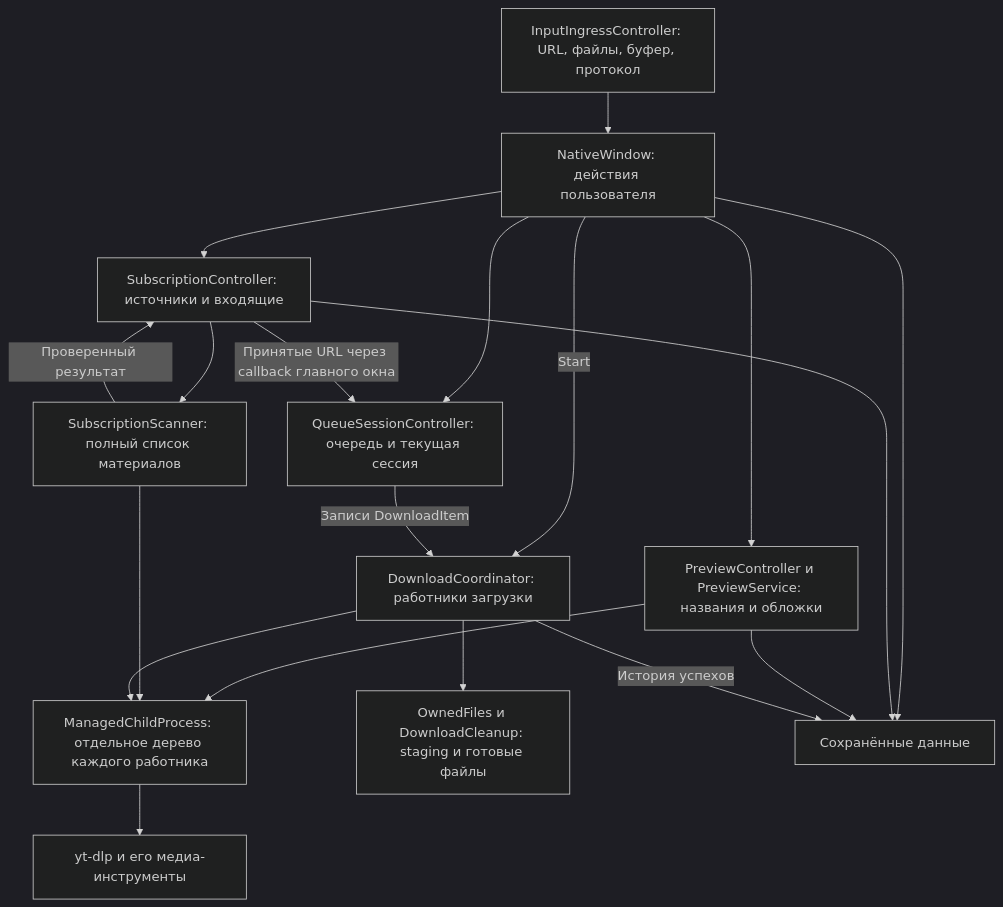
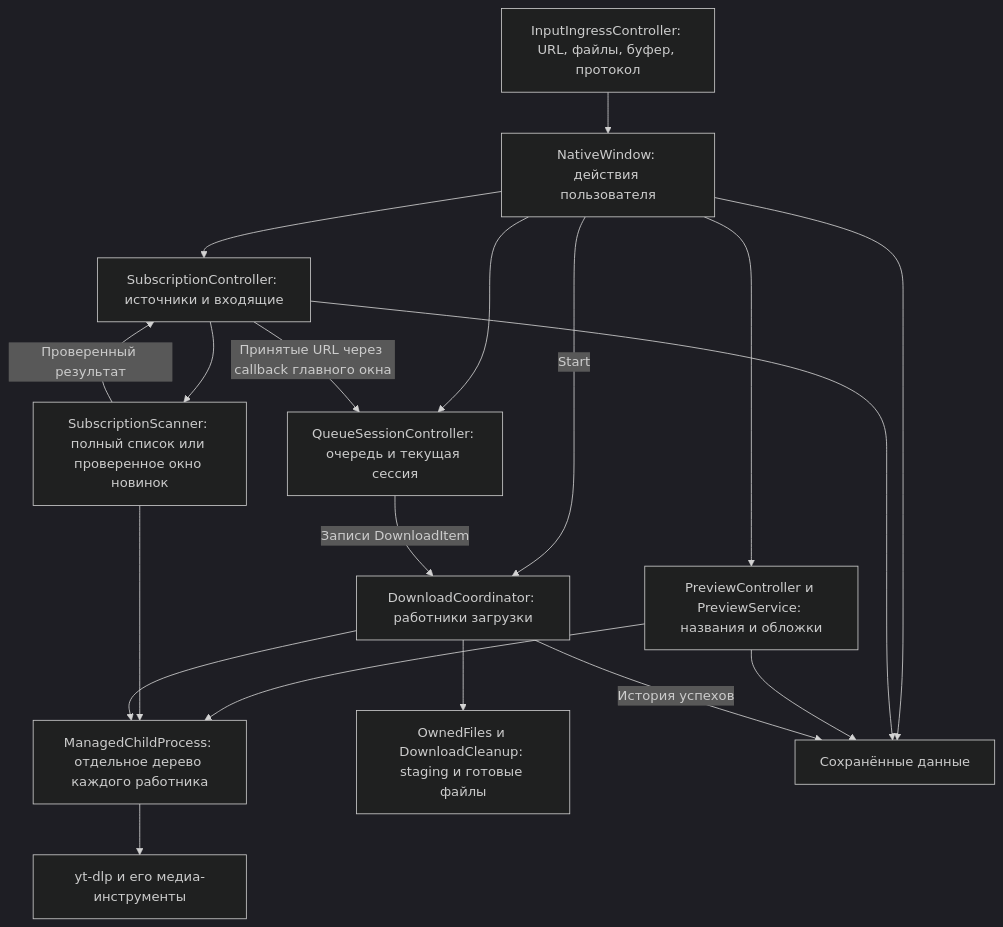
Before and after one commit to bespalovnikita/video-downloader: the first of 7 diagrams in docs/ARCHITECTURE.md, drawn with Mermaid (dark theme). The commit also changed other lines of this file and 5 other files, not shown here.

````diff
--- a/docs/ARCHITECTURE.md
+++ b/docs/ARCHITECTURE.md
@@ -14,21 +14,21 @@
 ```mermaid
 flowchart TB
     Input["InputIngressController: URL, файлы, буфер, протокол"] --> UI["NativeWindow: действия пользователя"]
     UI --> Queue["QueueSessionController: очередь и текущая сессия"]
     UI --> Preview["PreviewController и PreviewService: названия и обложки"]
     UI --> Subs["SubscriptionController: источники и входящие"]
-    Subs --> Scan["SubscriptionScanner: полный список материалов"]
+    Subs --> Scan["SubscriptionScanner: полный список или проверенное окно новинок"]
     Scan -->|"Проверенный результат"| Subs
     Subs -->|"Принятые URL через callback главного окна"| Queue
     UI -->|"Start"| Engine["DownloadCoordinator: работники загрузки"]
     Queue -->|"Записи DownloadItem"| Engine
     Preview --> Child["ManagedChildProcess: отдельное дерево каждого работника"]
     Scan --> Child
     Engine --> Child
     Child --> Tools["yt-dlp и его медиа-инструменты"]
     Engine --> Output["OwnedFiles и DownloadCleanup: staging и готовые файлы"]
     UI --> State["Сохранённые данные"]
     Subs --> State
     Preview --> State
     Engine -->|"История успехов"| State
 ```
````
